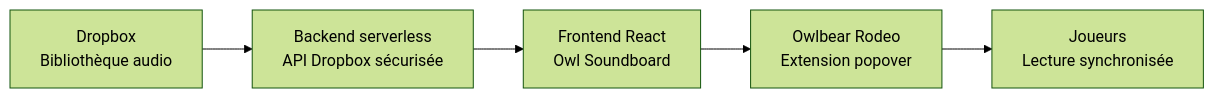
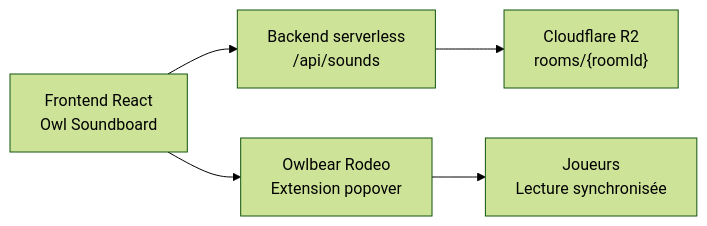
The diagram in README.md (olivierpoirier/owl-soundboard-frontend), drawn with Mermaid (forest theme) before and after one commit. The commit also changed other lines of this file and 8 other files, not shown here.

Commit message:
Connect soundboard to room-based shared storage

````diff
--- a/README.md
+++ b/README.md
@@ -52,7 +55,7 @@
 ```mermaid
 flowchart LR
-  Dropbox["Dropbox<br/>Bibliothèque audio"] --> Backend["Backend serverless<br/>API Dropbox sécurisée"]
-  Backend --> Frontend["Frontend React<br/>Owl Soundboard"]
+  Frontend["Frontend React<br/>Owl Soundboard"] --> Backend["Backend serverless<br/>/api/sounds"]
+  Backend --> R2["Cloudflare R2<br/>rooms/{roomId}"]
   Frontend --> Owlbear["Owlbear Rodeo<br/>Extension popover"]
   Owlbear --> Players["Joueurs<br/>Lecture synchronisée"]
 ```
````
